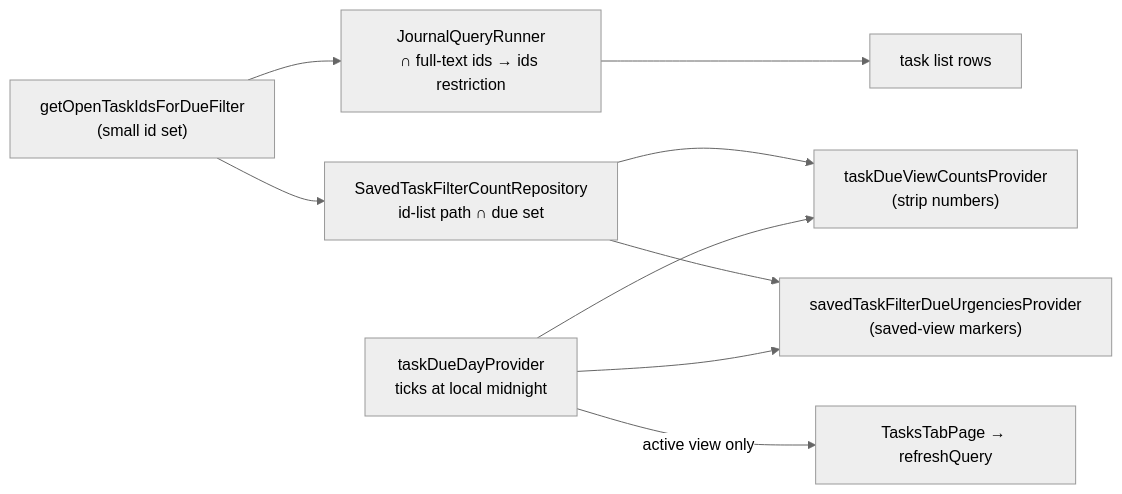
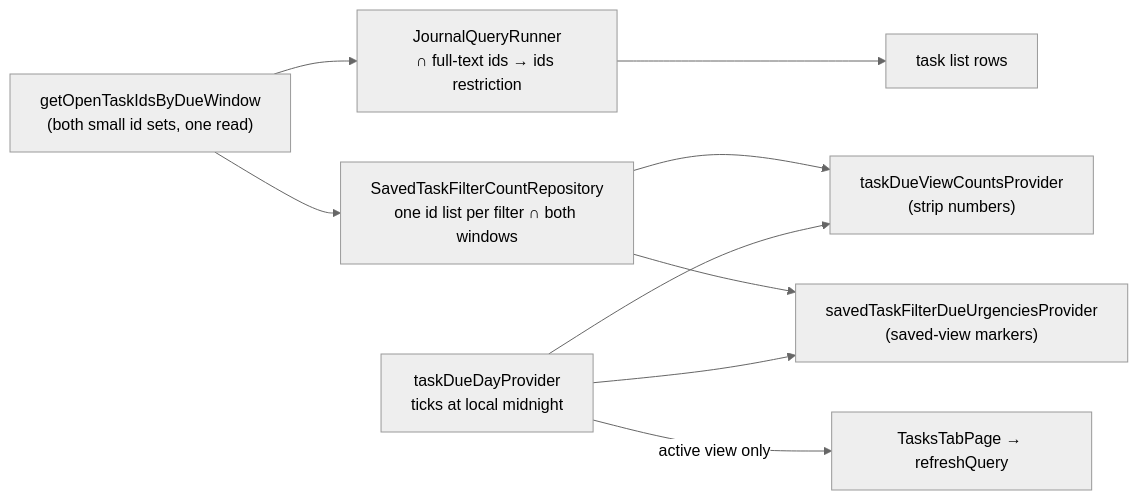
The second of 7 diagrams in knowledge/features/tasks/filtering.md (matthiasn/lotti), drawn with Mermaid (neutral theme) before and after one commit. The commit also changed other lines of this file and 14 other files, not shown here.

Commit message:
perf(tasks): due-date counts and urgency markers cost one read plus one id list per filter (#4861)

````diff
--- a/knowledge/features/tasks/filtering.md
+++ b/knowledge/features/tasks/filtering.md
@@ -120,12 +121,12 @@
 ```mermaid
 flowchart LR
-  Ids["getOpenTaskIdsForDueFilter<br/>(small id set)"]
+  Ids["getOpenTaskIdsByDueWindow<br/>(both small id sets, one read)"]
   Ids --> Runner["JournalQueryRunner<br/>∩ full-text ids → ids restriction"]
-  Ids --> Repo["SavedTaskFilterCountRepository<br/>id-list path ∩ due set"]
+  Ids --> Repo["SavedTaskFilterCountRepository<br/>one id list per filter ∩ both windows"]
   Runner --> List["task list rows"]
   Repo --> ViewCounts["taskDueViewCountsProvider<br/>(strip numbers)"]
   Repo --> Urgency["savedTaskFilterDueUrgenciesProvider<br/>(saved-view markers)"]
   Day["taskDueDayProvider<br/>ticks at local midnight"] --> ViewCounts
   Day --> Urgency
   Day -->|active view only| Refresh["TasksTabPage → refreshQuery"]
 ```
````
